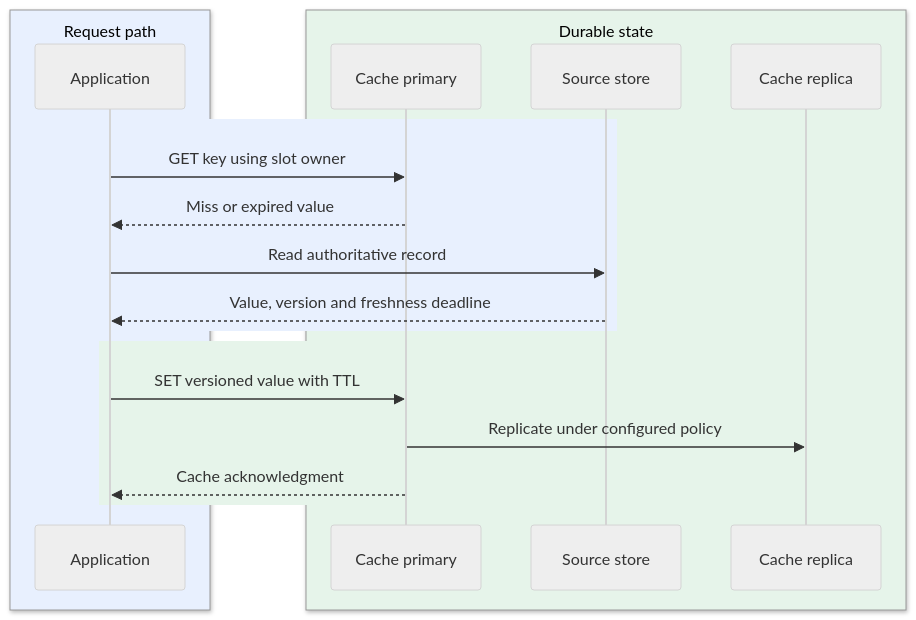
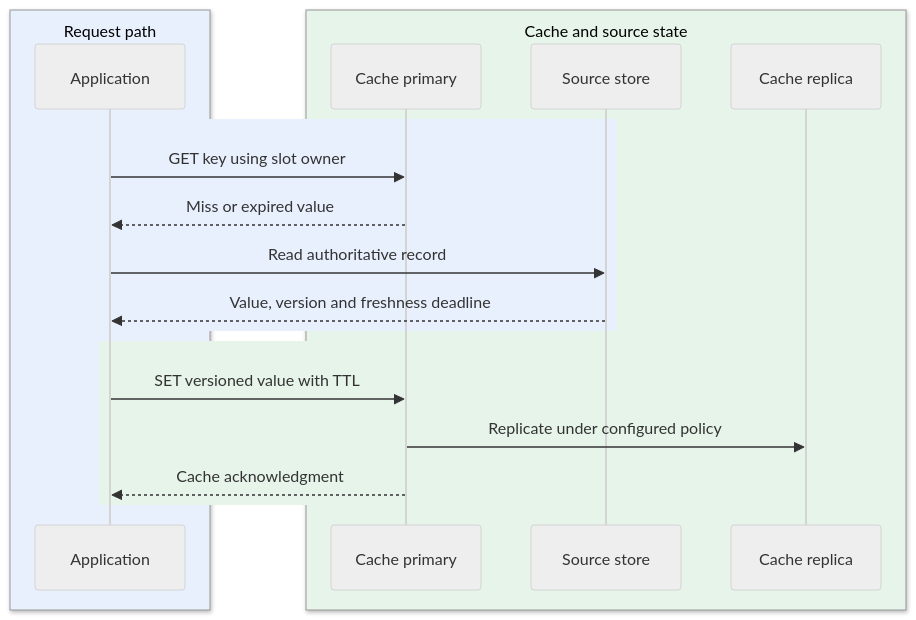
Before and after one commit to iliazlobin/iliazlobin.github.io: the second of 6 diagrams in _designs/system-design-distributed-cache.md, drawn with Mermaid (neutral theme). The commit also changed other lines of this file and 116 other files, not shown here.

````diff
--- a/_designs/system-design-distributed-cache.md
+++ b/_designs/system-design-distributed-cache.md
@@ -134,22 +134,22 @@
 ```mermaid
 sequenceDiagram
   box rgb(232,240,254) Request path
     participant U as Application
   end
-  box rgb(230,244,234) Durable state
+  box rgb(230,244,234) Cache and source state
     participant A as Cache primary
     participant D as Source store
     participant W as Cache replica
   end
   rect rgb(232,240,254)
     U->>A: GET key using slot owner
     A-->>U: Miss or expired value
     U->>D: Read authoritative record
     D-->>U: Value, version and freshness deadline
   end
   rect rgb(230,244,234)
     U->>A: SET versioned value with TTL
     A->>W: Replicate under configured policy
     A-->>U: Cache acknowledgment
   end
 ```
````
